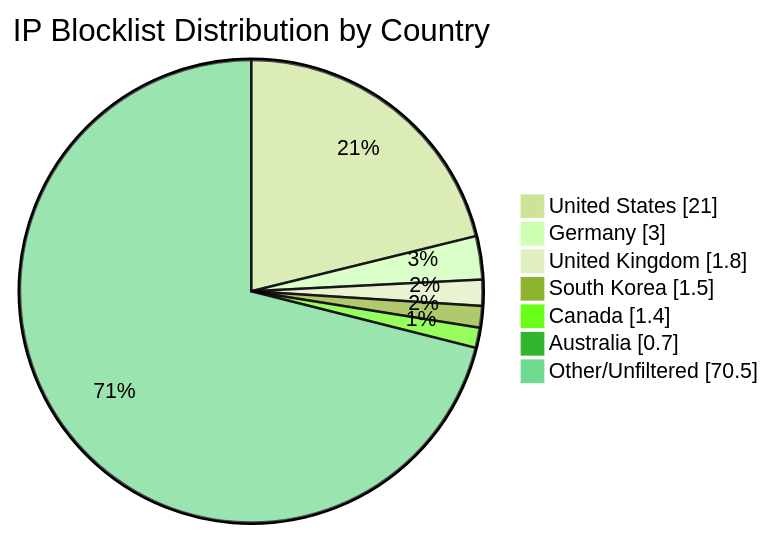
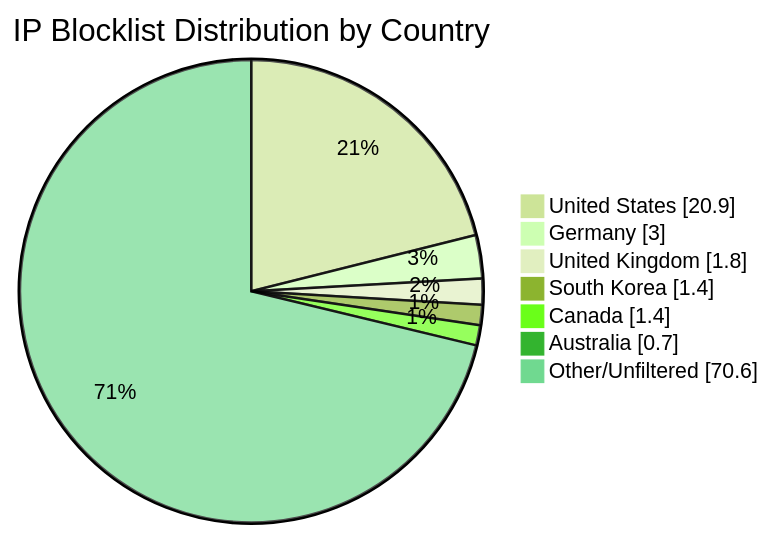
The diagram in README.md (MarcusHoltz/ipblocklist-geofiltered-aggregator), drawn with Mermaid (forest theme) before and after one commit. The commit also changed other lines of this file and 9 other files, not shown here.

````diff
--- a/README.md
+++ b/README.md
@@ -34,10 +34,10 @@
 ```mermaid
 pie showData title IP Blocklist Distribution by Country
-"United States" : 21.0
+"United States" : 20.9
 "Germany" : 3.0
 "United Kingdom" : 1.8
-"South Korea" : 1.5
+"South Korea" : 1.4
 "Canada" : 1.4
 "Australia" : 0.7
-"Other/Unfiltered" : 70.5
+"Other/Unfiltered" : 70.6
 ```
````
